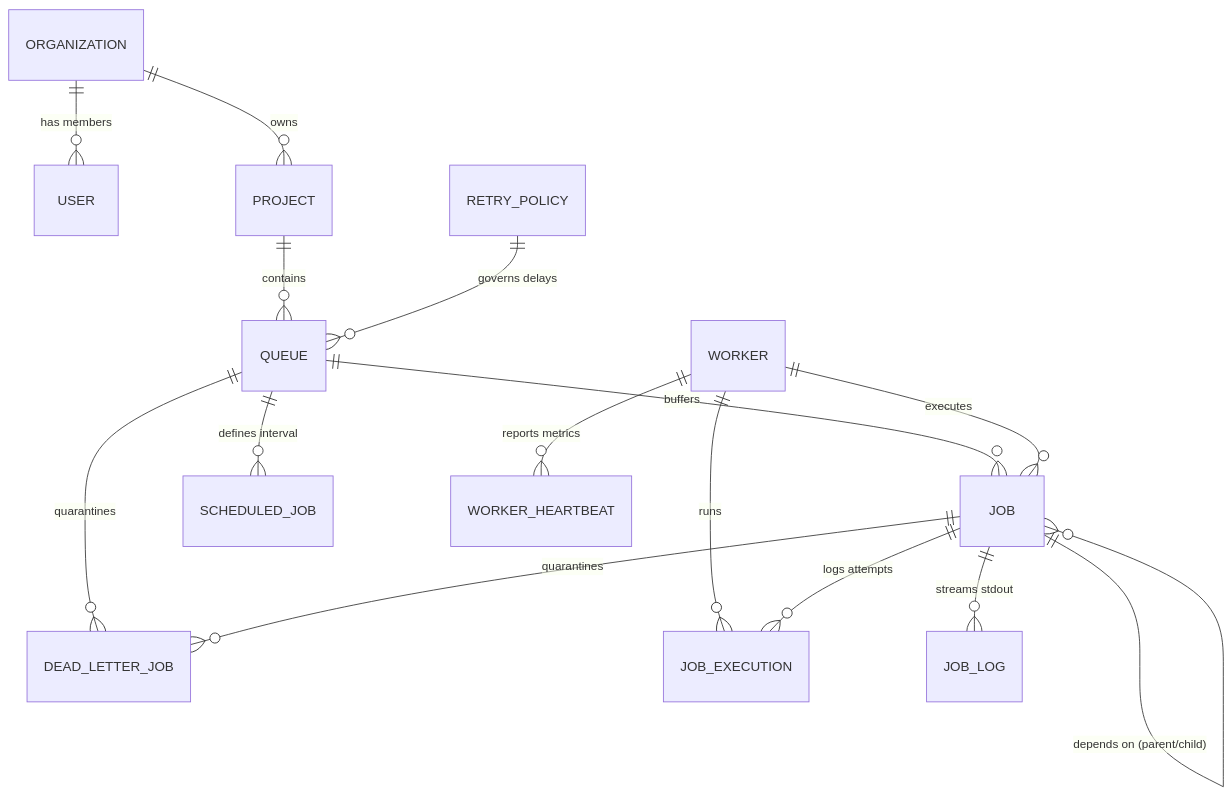
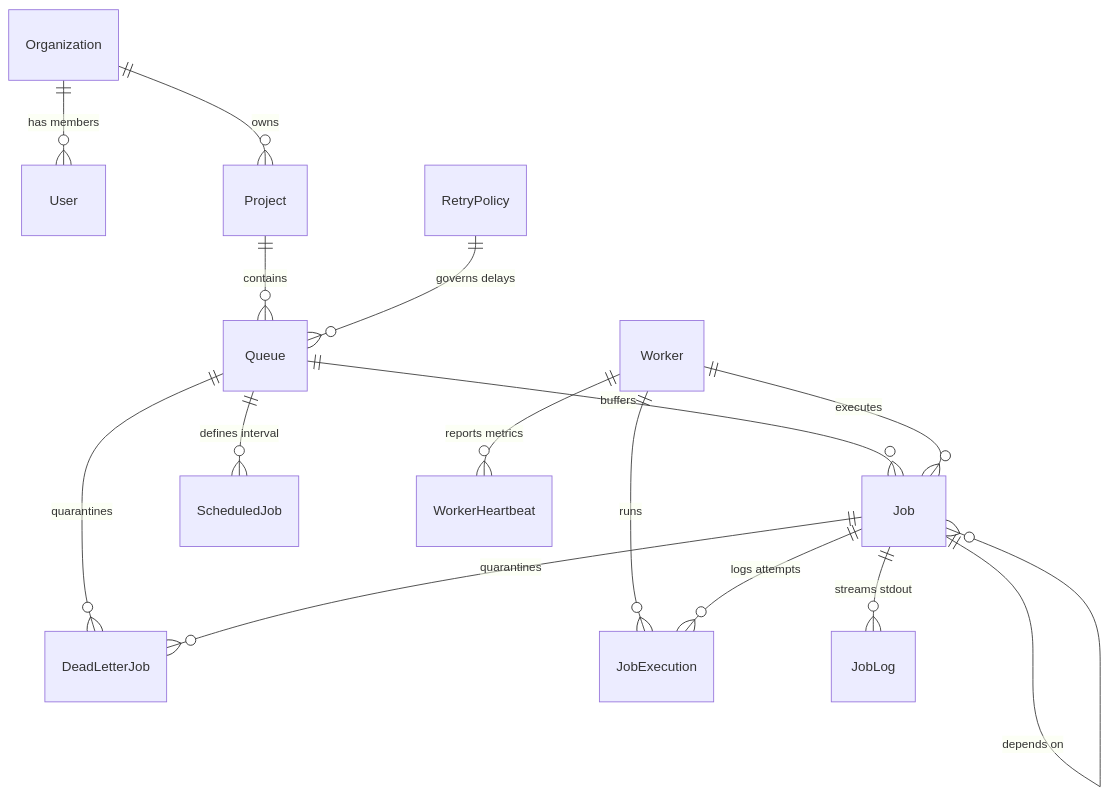
The diagram in docs/db_design.md (HARISHPG21/Job-Scheduler), drawn with Mermaid before and after one commit.

Commit message:
fix: Update ER diagram Mermaid entities to camelCase to resolve rendering errors

````diff
--- a/docs/db_design.md
+++ b/docs/db_design.md
@@ -9,17 +9,17 @@
 ```mermaid
 erDiagram
-    ORGANIZATION ||--o{ USER : "has members"
-    ORGANIZATION ||--o{ PROJECT : "owns"
-    PROJECT ||--o{ QUEUE : "contains"
-    RETRY_POLICY ||--o{ QUEUE : "governs delays"
-    QUEUE ||--o{ JOB : "buffers"
-    QUEUE ||--o{ SCHEDULED_JOB : "defines interval"
-    QUEUE ||--o{ DEAD_LETTER_JOB : "quarantines"
-    WORKER ||--o{ JOB : "executes"
-    WORKER ||--o{ JOB_EXECUTION : "runs"
-    WORKER ||--o{ WORKER_HEARTBEAT : "reports metrics"
-    JOB ||--o{ JOB_EXECUTION : "logs attempts"
-    JOB ||--o{ JOB_LOG : "streams stdout"
-    JOB ||--o{ DEAD_LETTER_JOB : "quarantines"
-    JOB ||--o{ JOB : "depends on (parent/child)"
+    Organization ||--o{ User : "has members"
+    Organization ||--o{ Project : "owns"
+    Project ||--o{ Queue : "contains"
+    RetryPolicy ||--o{ Queue : "governs delays"
+    Queue ||--o{ Job : "buffers"
+    Queue ||--o{ ScheduledJob : "defines interval"
+    Queue ||--o{ DeadLetterJob : "quarantines"
+    Worker ||--o{ Job : "executes"
+    Worker ||--o{ JobExecution : "runs"
+    Worker ||--o{ WorkerHeartbeat : "reports metrics"
+    Job ||--o{ JobExecution : "logs attempts"
+    Job ||--o{ JobLog : "streams stdout"
+    Job ||--o{ DeadLetterJob : "quarantines"
+    Job ||--o{ Job : "depends on"
 ```
````
